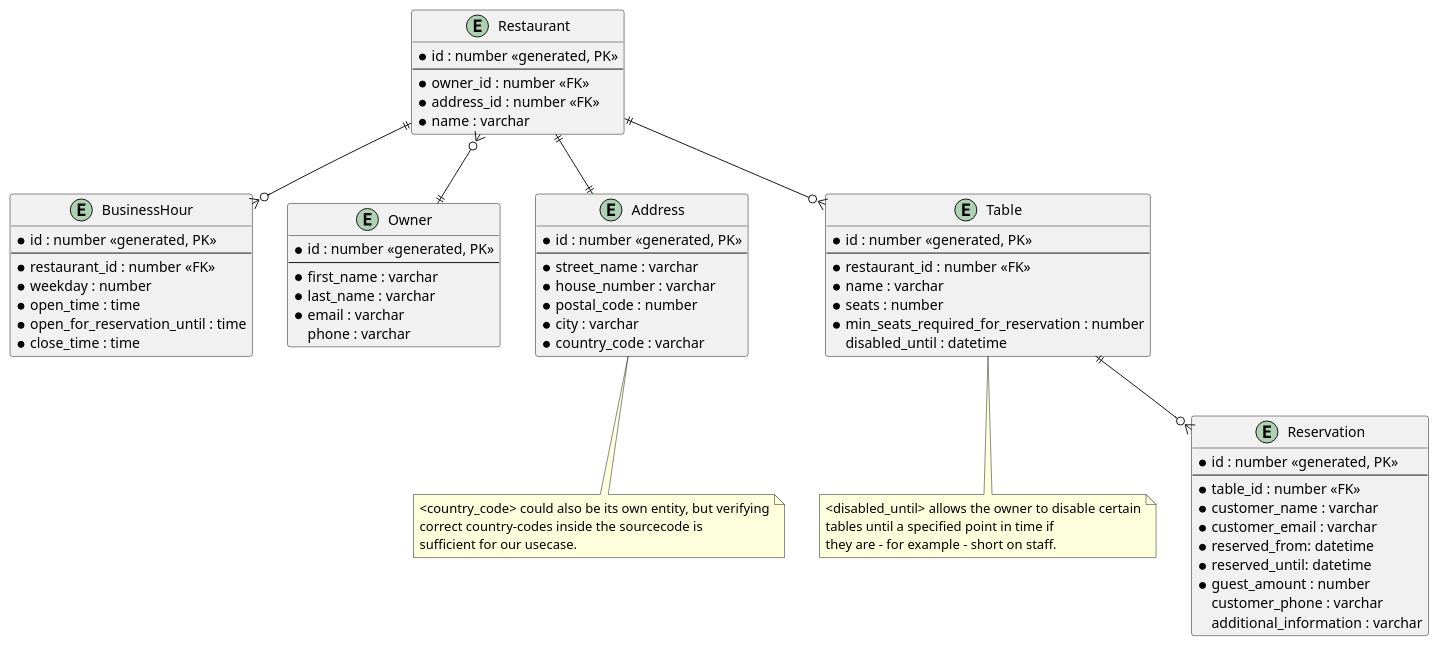
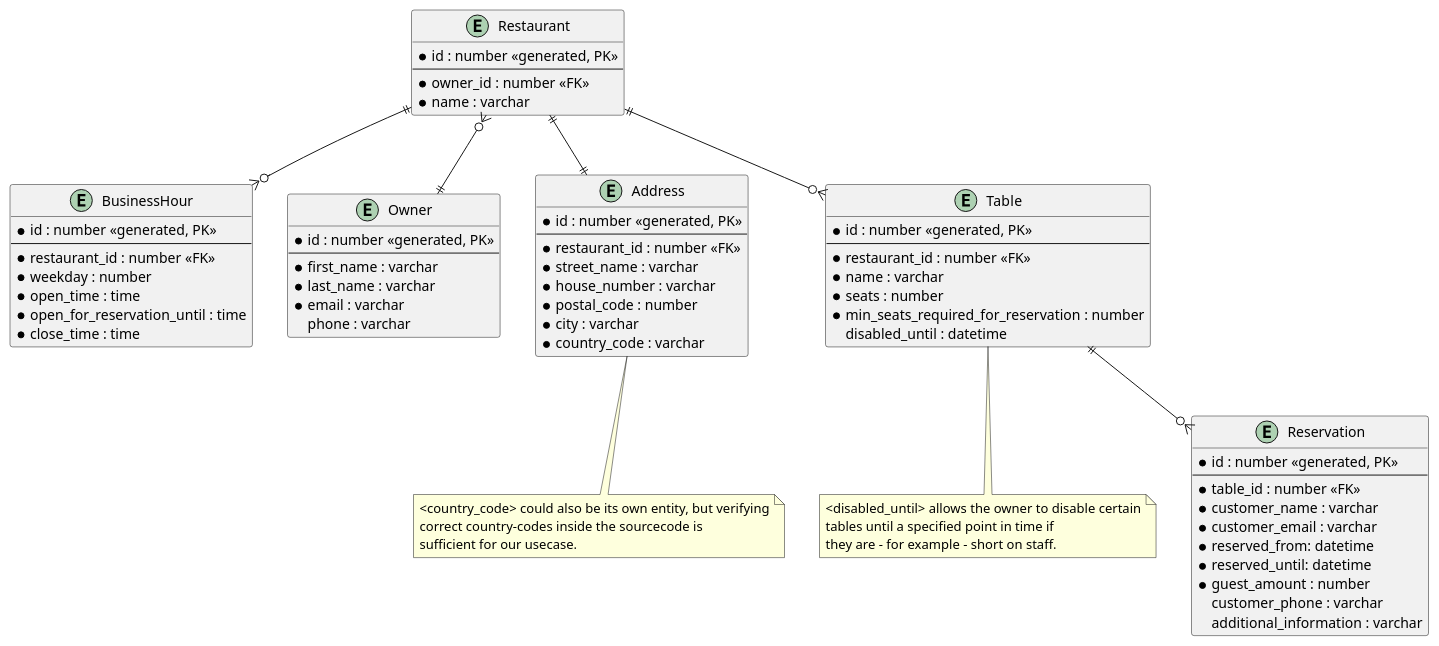
The diagram in doc/database-schema.puml (hm-jtreichel/ReservationAPI), drawn with PlantUML before and after one commit. The commit also changed 11 other files, not shown here.

```diff
--- a/doc/database-schema.puml
+++ b/doc/database-schema.puml
@@ -1,72 +1,72 @@
 @startuml
 
 entity Restaurant {
     * id : number <<generated, PK>>
     --
     * owner_id : number <<FK>>
-    * address_id : number <<FK>>
     * name : varchar
 }
 
 entity BusinessHour {
     * id : number <<generated, PK>>
     --
     * restaurant_id : number <<FK>>
     * weekday : number
     * open_time : time
     * open_for_reservation_until : time
     * close_time : time
 }
 
 entity Owner {
     * id : number <<generated, PK>>
     --
     * first_name : varchar
     * last_name : varchar
     * email : varchar
     phone : varchar
 }
 
 entity Address {
     * id : number <<generated, PK>>
     --
+    * restaurant_id : number <<FK>>
     * street_name : varchar
     * house_number : varchar
     * postal_code : number
     * city : varchar
     * country_code : varchar
 }
 note bottom of Address : <country_code> could also be its own entity, but verifying\ncorrect country-codes inside the sourcecode is\nsufficient for our usecase.
 
 entity Table {
     * id : number <<generated, PK>>
     --
     * restaurant_id : number <<FK>>
     * name : varchar
     * seats : number
     * min_seats_required_for_reservation : number
     disabled_until : datetime
 }
 note bottom of Table : <disabled_until> allows the owner to disable certain\ntables until a specified point in time if\nthey are - for example - short on staff.
 
 entity Reservation {
     * id : number <<generated, PK>>
     --
     * table_id : number <<FK>>
     * customer_name : varchar
     * customer_email : varchar
     * reserved_from: datetime
     * reserved_until: datetime
     * guest_amount : number
     customer_phone : varchar
     additional_information : varchar
 }
 
 Restaurant }o--|| Owner
 Restaurant ||--o{ BusinessHour
 Restaurant ||--|| Address
 
 Restaurant ||--o{ Table
 Table ||--o{ Reservation
 
 @enduml
```
